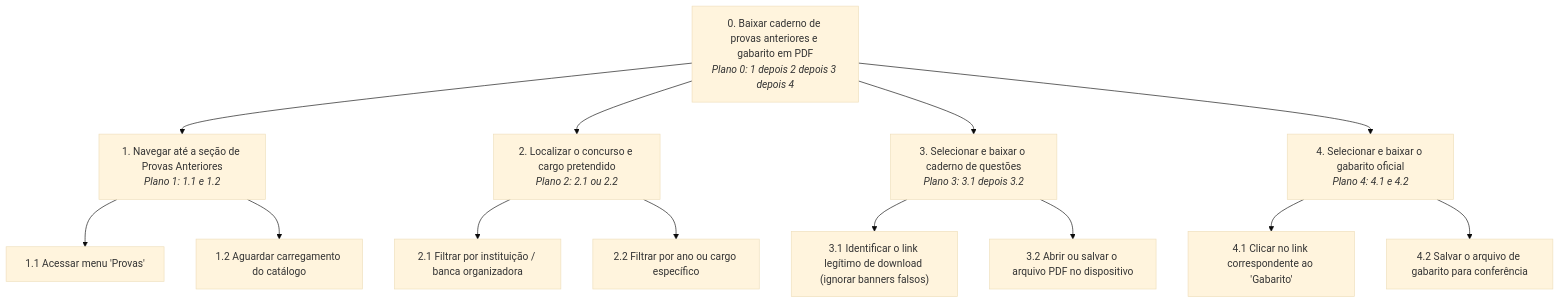
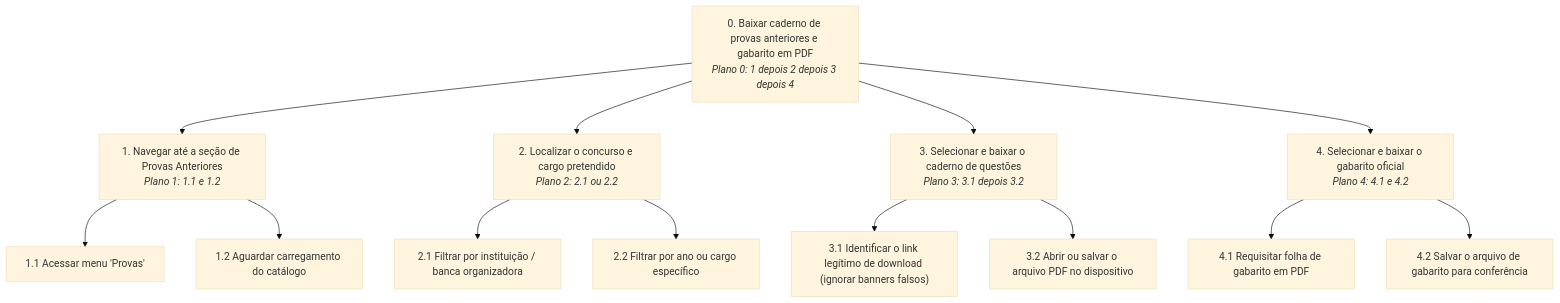
One commit to Interacao-Humano-Computador/2026.2-Grupo07 changed the second of 8 diagrams in docs/analise-de-requisitos/analise-de-tarefas/hta.md. Above: the diagram before and after it, drawn with Mermaid (base theme). The commit also changed other lines of this file and 14 other files, not shown here.

````diff
--- a/docs/analise-de-requisitos/analise-de-tarefas/hta.md
+++ b/docs/analise-de-requisitos/analise-de-tarefas/hta.md
@@ -172,37 +172,37 @@
 ```mermaid
 flowchart TD
     T0["0. Baixar caderno de provas anteriores e gabarito em PDF<br><i>Plano 0: 1 depois 2 depois 3 depois 4</i>"]
     
     T1["1. Navegar até a seção de Provas Anteriores<br><i>Plano 1: 1.1 e 1.2</i>"]
     T11["1.1 Acessar menu 'Provas'"]
     T12["1.2 Aguardar carregamento do catálogo"]
     
     T2["2. Localizar o concurso e cargo pretendido<br><i>Plano 2: 2.1 ou 2.2</i>"]
     T21["2.1 Filtrar por instituição / banca organizadora"]
     T22["2.2 Filtrar por ano ou cargo específico"]
     
     T3["3. Selecionar e baixar o caderno de questões<br><i>Plano 3: 3.1 depois 3.2</i>"]
     T31["3.1 Identificar o link legítimo de download (ignorar banners falsos)"]
     T32["3.2 Abrir ou salvar o arquivo PDF no dispositivo"]
     
     T4["4. Selecionar e baixar o gabarito oficial<br><i>Plano 4: 4.1 e 4.2</i>"]
-    T41["4.1 Clicar no link correspondente ao 'Gabarito'"]
+    T41["4.1 Requisitar folha de gabarito em PDF"]
     T42["4.2 Salvar o arquivo de gabarito para conferência"]
 
     T0 --> T1
     T0 --> T2
     T0 --> T3
     T0 --> T4
     
     T1 --> T11
     T1 --> T12
     
     T2 --> T21
     T2 --> T22
     
     T3 --> T31
     T3 --> T32
     
     T4 --> T41
     T4 --> T42
 ```
````
